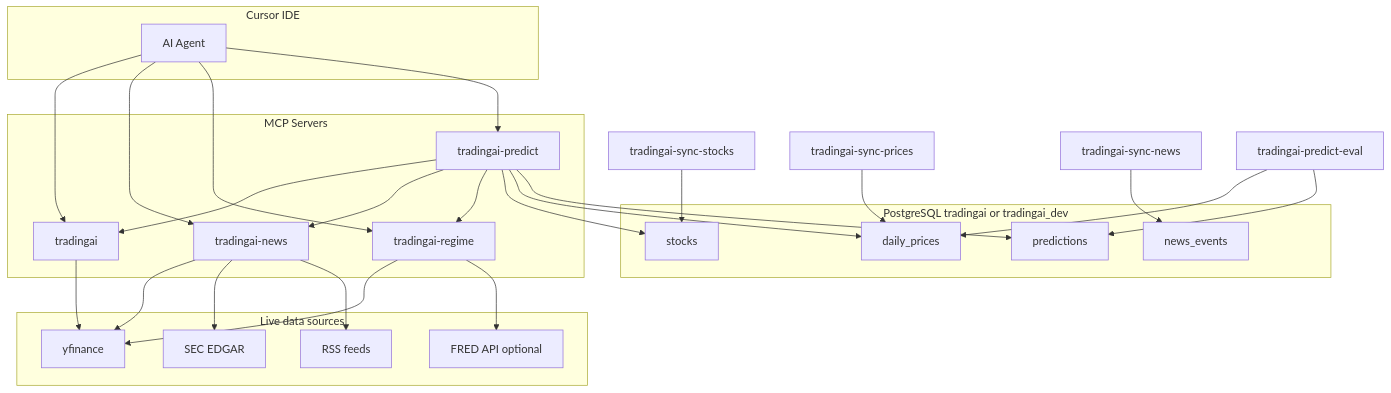
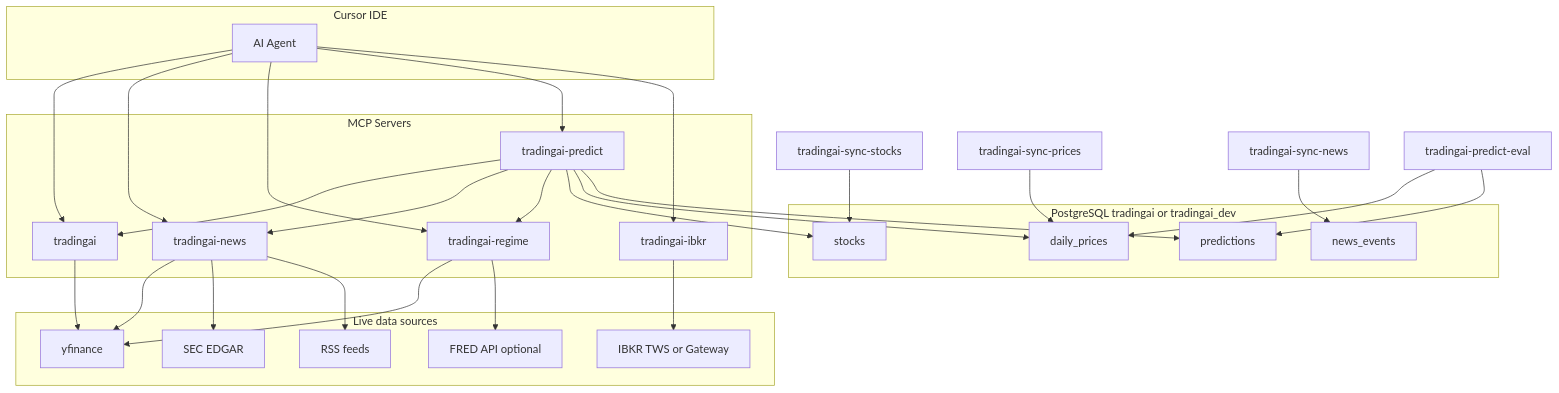
One commit to rakytap/tradingai changed the diagram in README.md. Above: the diagram before and after it, drawn with Mermaid. The commit also changed other lines of this file and 24 other files, not shown here.

````diff
--- a/README.md
+++ b/README.md
@@ -28,51 +29,55 @@
 ```mermaid
 flowchart TB
     subgraph cursor [Cursor IDE]
         Agent[AI Agent]
     end
 
     subgraph mcp [MCP Servers]
         Tech[tradingai]
         News[tradingai-news]
         Regime[tradingai-regime]
         Predict[tradingai-predict]
+        Ibkr[tradingai-ibkr]
     end
 
     subgraph external [Live data sources]
         YF[yfinance]
         SEC[SEC EDGAR]
         RSS[RSS feeds]
         FRED[FRED API optional]
+        TWS[IBKR TWS or Gateway]
     end
 
     subgraph postgres [PostgreSQL tradingai or tradingai_dev]
         Stocks[stocks]
         Prices[daily_prices]
         NewsTable[news_events]
         Preds[predictions]
     end
 
     Agent --> Tech
     Agent --> News
     Agent --> Regime
     Agent --> Predict
+    Agent --> Ibkr
 
     Tech --> YF
     News --> YF
     News --> SEC
     News --> RSS
     Regime --> YF
     Regime --> FRED
     Predict --> Tech
     Predict --> News
     Predict --> Regime
     Predict --> Stocks
     Predict --> Prices
     Predict --> Preds
+    Ibkr --> TWS
 
     SyncStocks[tradingai-sync-stocks] --> Stocks
     SyncPrices[tradingai-sync-prices] --> Prices
     SyncNews[tradingai-sync-news] --> NewsTable
     Eval[tradingai-predict-eval] --> Prices
     Eval --> Preds
 ```
````
